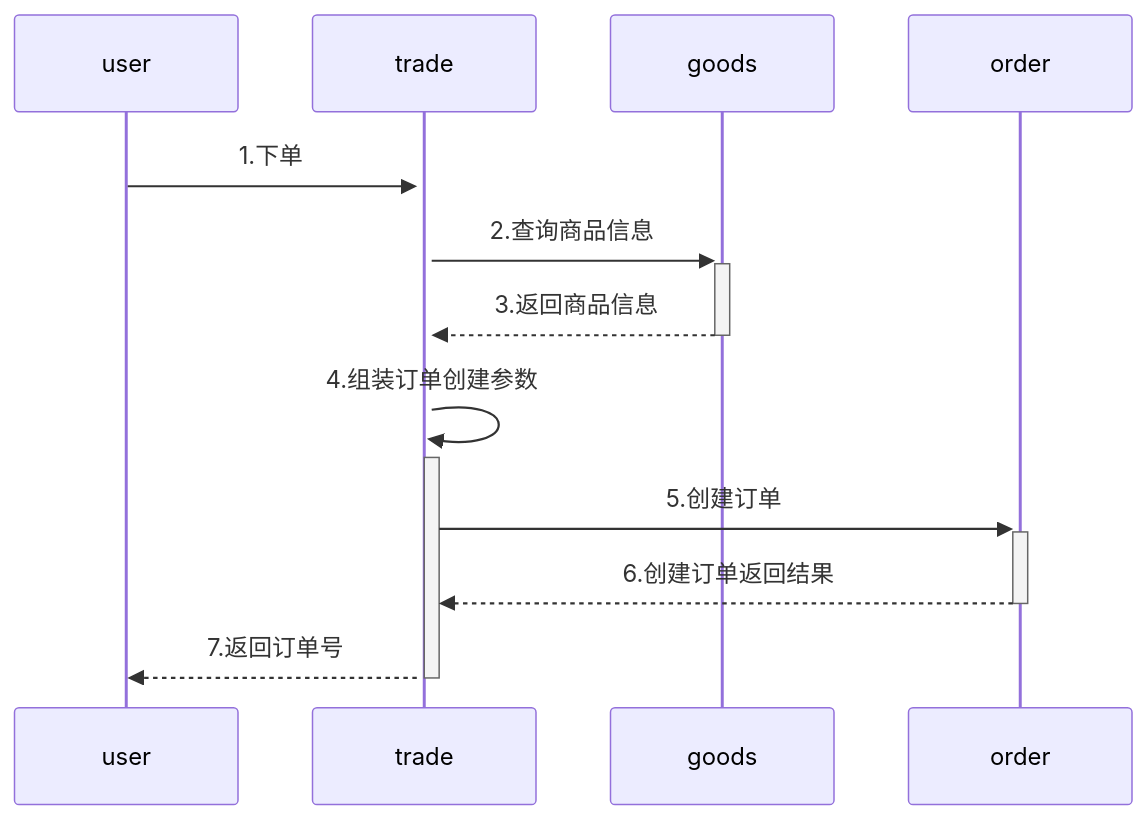
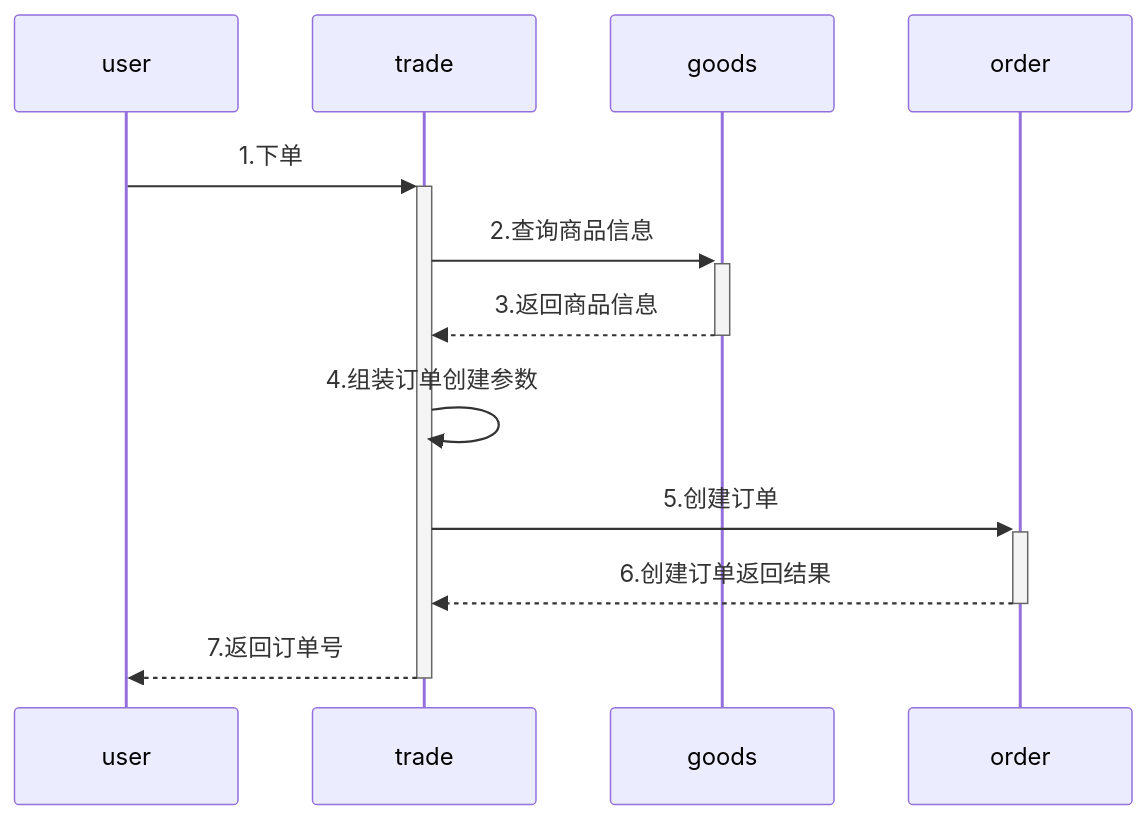
One commit to yingjianzh/iodraw-files changed the diagram in all/未命名-6.md. Above: the diagram before and after it, drawn with Mermaid.

Commit message:
2024-08-19 15:36:32 update

````diff
--- a/all/未命名-6.md
+++ b/all/未命名-6.md
@@ -1,10 +1,10 @@
 ```mermaid
 sequenceDiagram
     user->>+trade: 1.下单
     trade->>+goods: 2.查询商品信息
     goods-->>-trade: 3.返回商品信息
-    trade->>+trade: 4.组装订单创建参数
+    trade->>trade: 4.组装订单创建参数
     trade->>+order: 5.创建订单
     order-->>-trade: 6.创建订单返回结果
     trade-->>-user: 7.返回订单号
 ```
````
